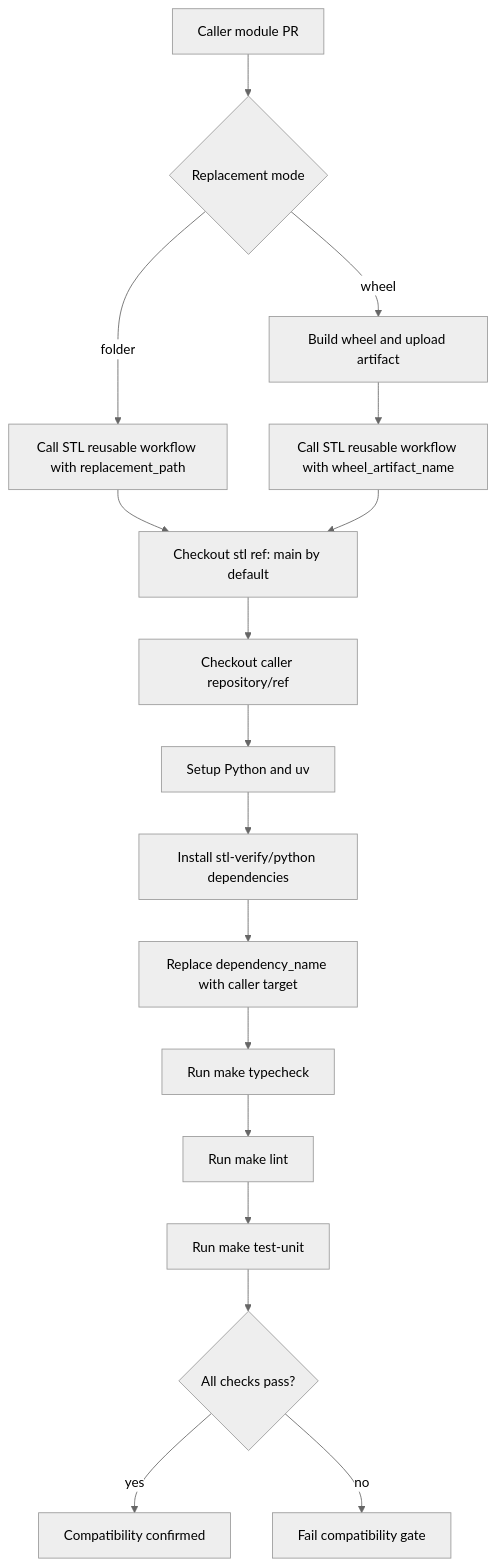
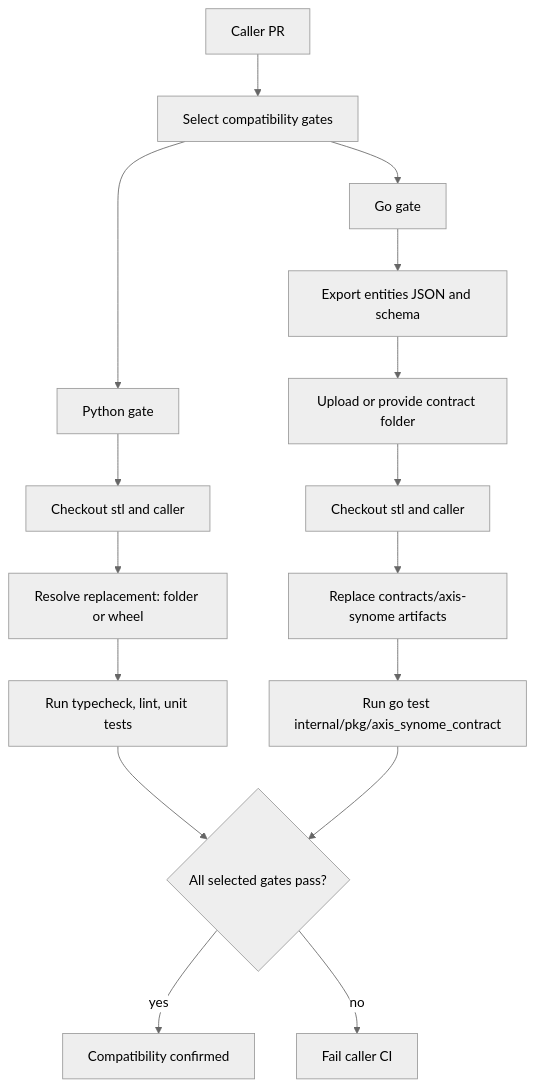
One commit to archon-research/stl changed the diagram in docs/adr/0004-sentinel-verify-compatibility-ci.md. Above: the diagram before and after it, drawn with Mermaid (neutral theme). The commit also changed other lines of this file and 6 other files, not shown here.

Commit message:
Add golang contract setup and verification workflow.

````diff
--- a/docs/adr/0004-sentinel-verify-compatibility-ci.md
+++ b/docs/adr/0004-sentinel-verify-compatibility-ci.md
@@ -127,19 +153,21 @@
 ```mermaid
 flowchart TD
-  A[Caller module PR] --> B{Replacement mode}
-  B -->|folder| C[Call STL reusable workflow with replacement_path]
-  B -->|wheel| D[Build wheel and upload artifact]
-  D --> E[Call STL reusable workflow with wheel_artifact_name]
-  C --> F[Checkout stl ref: main by default]
-  E --> F
-  F --> G[Checkout caller repository/ref]
-  G --> H[Setup Python and uv]
-  H --> I[Install stl-verify/python dependencies]
-  I --> J[Replace dependency_name with caller target]
-  J --> K[Run make typecheck]
-  K --> L[Run make lint]
-  L --> M[Run make test-unit]
-  M --> N{All checks pass?}
-  N -->|yes| O[Compatibility confirmed]
-  N -->|no| P[Fail compatibility gate]
+  A[Caller PR] --> B[Select compatibility gates]
+  B --> C[Python gate]
+  B --> D[Go gate]
+
+  C --> C1[Checkout stl and caller]
+  C1 --> C2[Resolve replacement: folder or wheel]
+  C2 --> C3[Run typecheck, lint, unit tests]
+
+  D --> D1[Export entities JSON and schema]
+  D1 --> D2[Upload or provide contract folder]
+  D2 --> D3[Checkout stl and caller]
+  D3 --> D4[Replace contracts/axis-synome artifacts]
+  D4 --> D5[Run go test internal/pkg/axis_synome_contract]
+
+  C3 --> E{All selected gates pass?}
+  D5 --> E
+  E -->|yes| F[Compatibility confirmed]
+  E -->|no| G[Fail caller CI]
 ```
````
